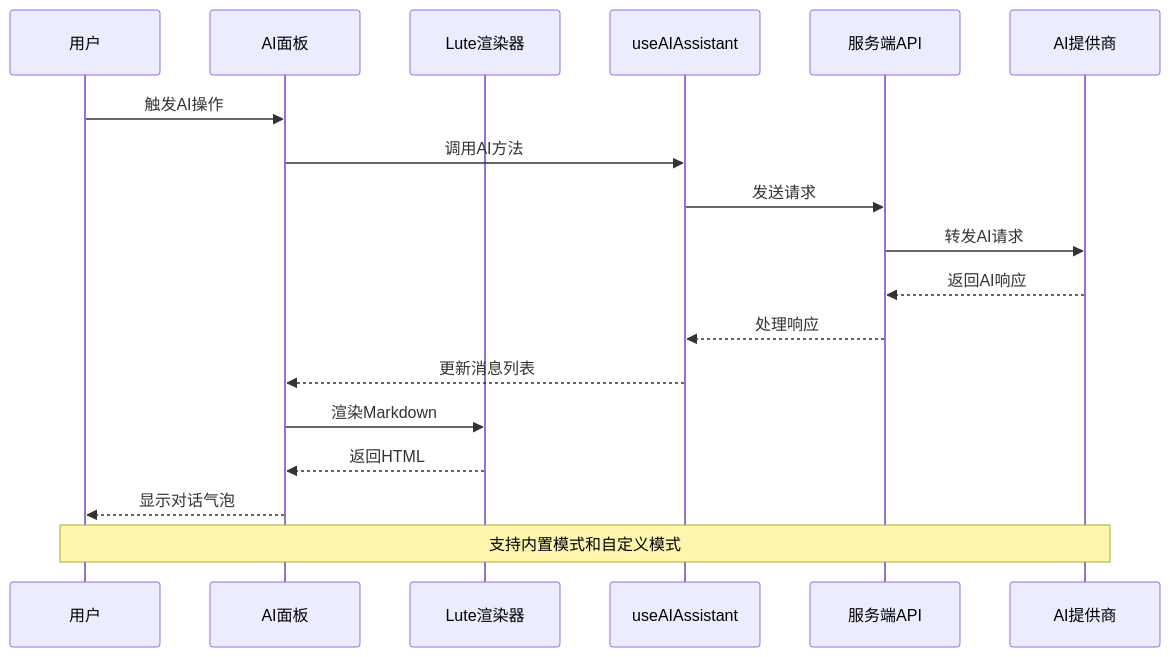
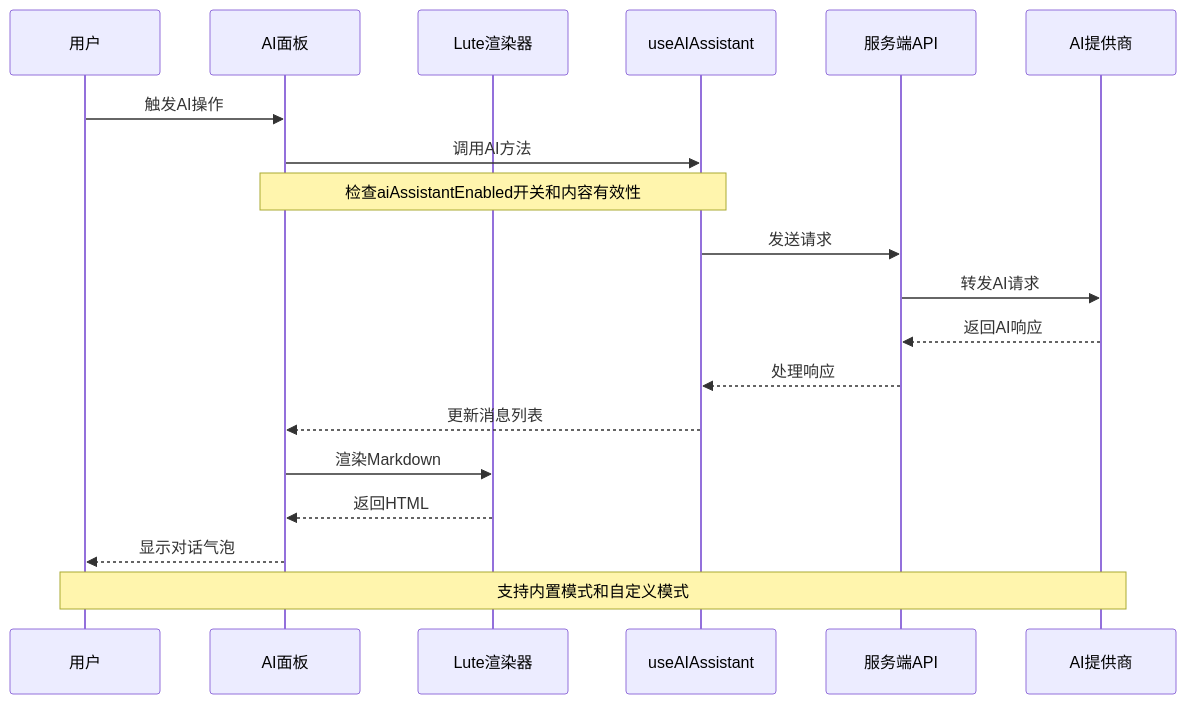
One commit to terwer/siyuan-plugin-blog changed the third of 7 diagrams in .qoder/repowiki/zh/content/核心功能/AI 助手系统.md. Above: the diagram before and after it, drawn with Mermaid. The commit also changed other lines of this file and 1 other file, not shown here.

Commit message:
docs: add AI assistant switch and content validation mechanisms

````diff
--- a/.qoder/repowiki/zh/content/核心功能/AI 助手系统.md
+++ b/.qoder/repowiki/zh/content/核心功能/AI 助手系统.md
@@ -205,20 +210,21 @@
 ```mermaid
 sequenceDiagram
 participant User as 用户
 participant UI as AI面板
 participant Lute as Lute渲染器
 participant Composable as useAIAssistant
 participant Server as 服务端API
 participant Provider as AI提供商
 User->>UI : 触发AI操作
 UI->>Composable : 调用AI方法
+Note over UI,Composable : 检查aiAssistantEnabled开关和内容有效性
 Composable->>Server : 发送请求
 Server->>Provider : 转发AI请求
 Provider-->>Server : 返回AI响应
 Server-->>Composable : 处理响应
 Composable-->>UI : 更新消息列表
 UI->>Lute : 渲染Markdown
 Lute-->>UI : 返回HTML
 UI-->>User : 显示对话气泡
 Note over User,Provider : 支持内置模式和自定义模式
 ```
````
